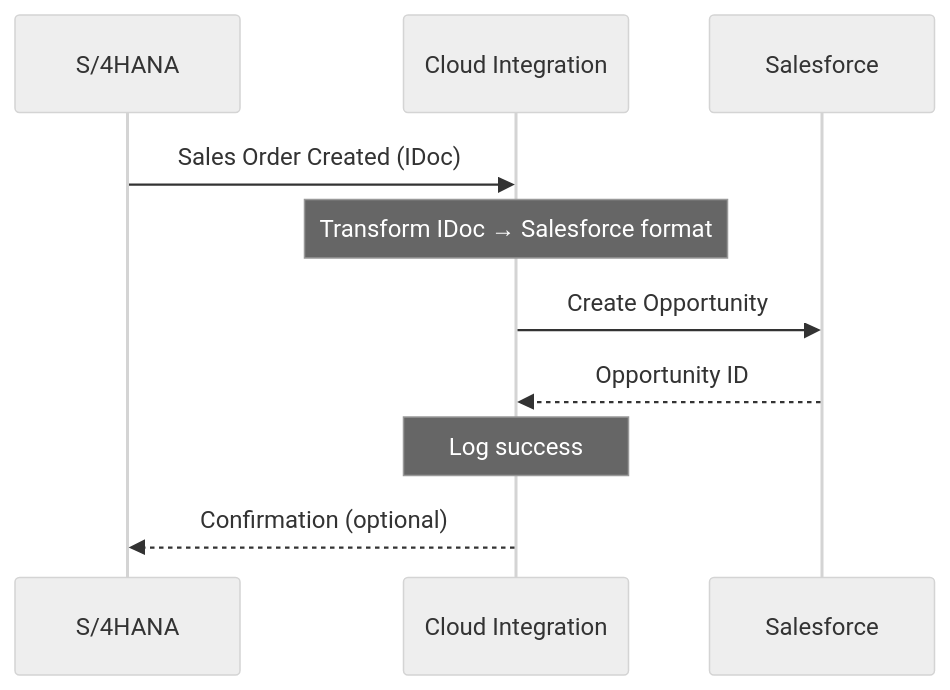
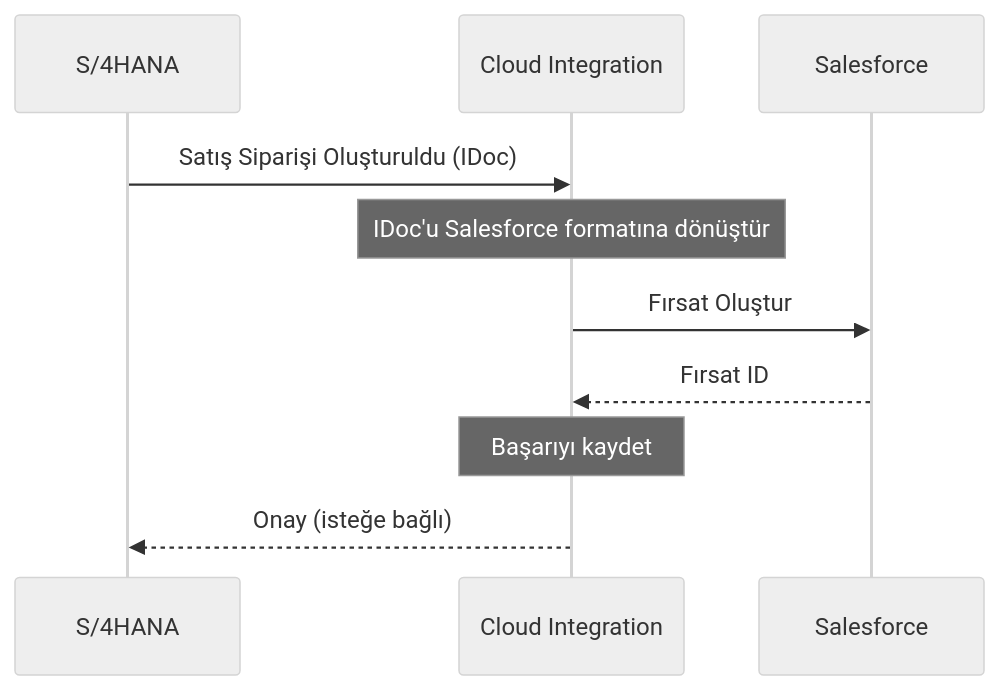
The fourth of 8 diagrams in Technical Tutorials/BTP/TR/chapters/15-integration-suite.md (beyhanmeyrali/sap-all), drawn with Mermaid (neutral theme) before and after one commit. The commit also changed other lines of this file and 11 other files, not shown here.

````diff
--- a/Technical Tutorials/BTP/TR/chapters/15-integration-suite.md
+++ b/Technical Tutorials/BTP/TR/chapters/15-integration-suite.md
@@ -82,13 +82,13 @@
 ```mermaid
 sequenceDiagram
     participant S4 as S/4HANA
     participant CPI as Cloud Integration
     participant SF as Salesforce
 
-    S4->>CPI: Sales Order Created (IDoc)
-    Note over CPI: Transform IDoc → Salesforce format
-    CPI->>SF: Create Opportunity
-    SF-->>CPI: Opportunity ID
-    Note over CPI: Log success
-    CPI-->>S4: Confirmation (optional)
+    S4->>CPI: Satış Siparişi Oluşturuldu (IDoc)
+    Note over CPI: IDoc'u Salesforce formatına dönüştür
+    CPI->>SF: Fırsat Oluştur
+    SF-->>CPI: Fırsat ID
+    Note over CPI: Başarıyı kaydet
+    CPI-->>S4: Onay (isteğe bağlı)
 ```
````
